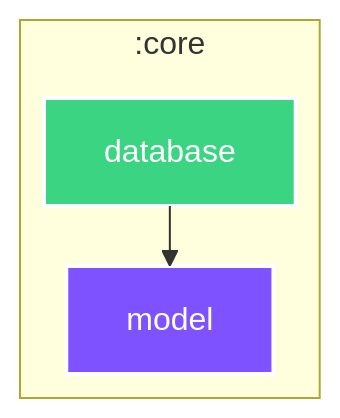
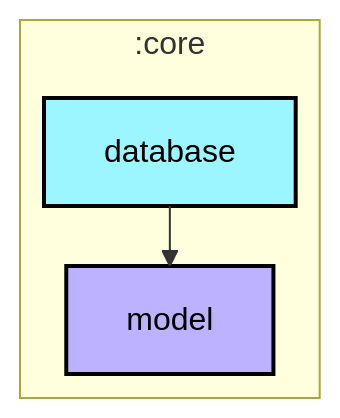
Before and after one commit to android/nowinandroid: the diagram in core/database/README.md, drawn with Mermaid. The commit also changed other lines of this file and 28 other files, not shown here.

````diff
--- a/core/database/README.md
+++ b/core/database/README.md
@@ -4,22 +6,23 @@
 ```mermaid
 ---
 config:
   layout: elk
   elk:
     nodePlacementStrategy: SIMPLE
 ---
 graph TB
   subgraph :core
     direction TB
     :core:database[database]:::android-library
-    :core:model[model]:::jvm
+    :core:model[model]:::jvm-library
   end
 
   :core:database ---> :core:model
 
-classDef android-application fill:#7F52FF,stroke:#fff,stroke-width:2px,color:#fff;
-classDef android-library fill:#3BD482,stroke:#fff,stroke-width:2px,color:#fff;
-classDef android-test fill:#3BD482,stroke:#fff,stroke-width:2px,color:#fff;
-classDef jvm fill:#7F52FF,stroke:#fff,stroke-width:2px,color:#fff;
-classDef unknown fill:#FF0000,stroke:#fff,stroke-width:2px,color:#fff;
+classDef android-application fill:#CAFFBF,stroke:#000,stroke-width:2px,color:#000;
+classDef android-feature fill:#FFD6A5,stroke:#000,stroke-width:2px,color:#000;
+classDef android-library fill:#9BF6FF,stroke:#000,stroke-width:2px,color:#000;
+classDef android-test fill:#A0C4FF,stroke:#000,stroke-width:2px,color:#000;
+classDef jvm-library fill:#BDB2FF,stroke:#000,stroke-width:2px,color:#000;
+classDef unknown fill:#FFADAD,stroke:#000,stroke-width:2px,color:#000;
 ```
````
